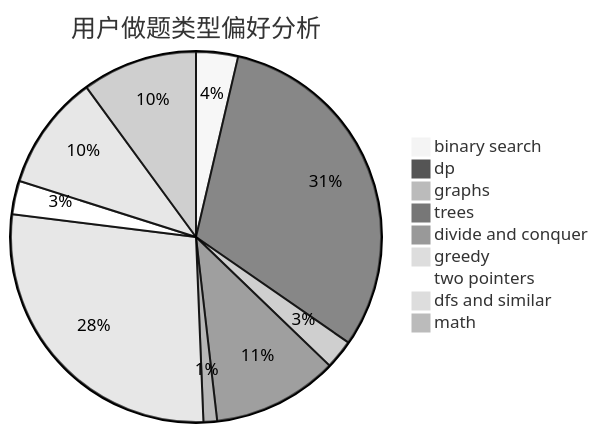
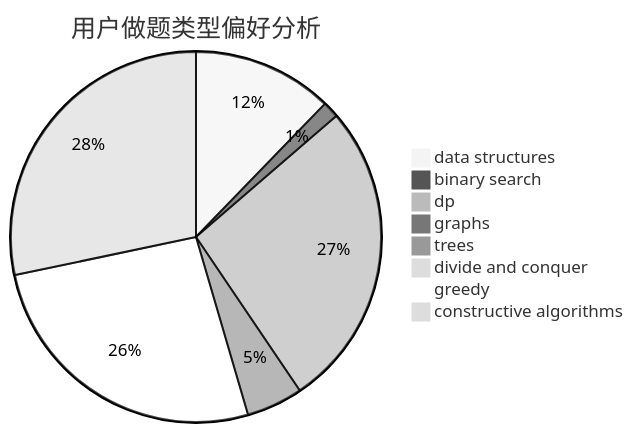
The second of 3 diagrams in docs/user/u1900.md (sherpahu/cfrs.github.io), drawn with Mermaid (neutral theme) before and after one commit. The commit also changed other lines of this file and 2775 other files, not shown here.

````diff
--- a/docs/user/u1900.md
+++ b/docs/user/u1900.md
@@ -23,12 +23,11 @@
 ```mermaid
 pie title 用户做题类型偏好分析
-    "binary search" :  40
-    "dp" :  339
-    "graphs" :  28
-    "trees" :  120
-    "divide and conquer" :  13
-    "greedy" :  302
-    "two pointers" :  32
-    "dfs and similar" :  110
-    "math" :  110
+    "data structures" :  77
+    "binary search" :  9
+    "dp" :  169
+    "graphs" :  2
+    "trees" :  31
+    "divide and conquer" :  5
+    "greedy" :  165
+    "constructive algorithms" :  178
 ```
````
